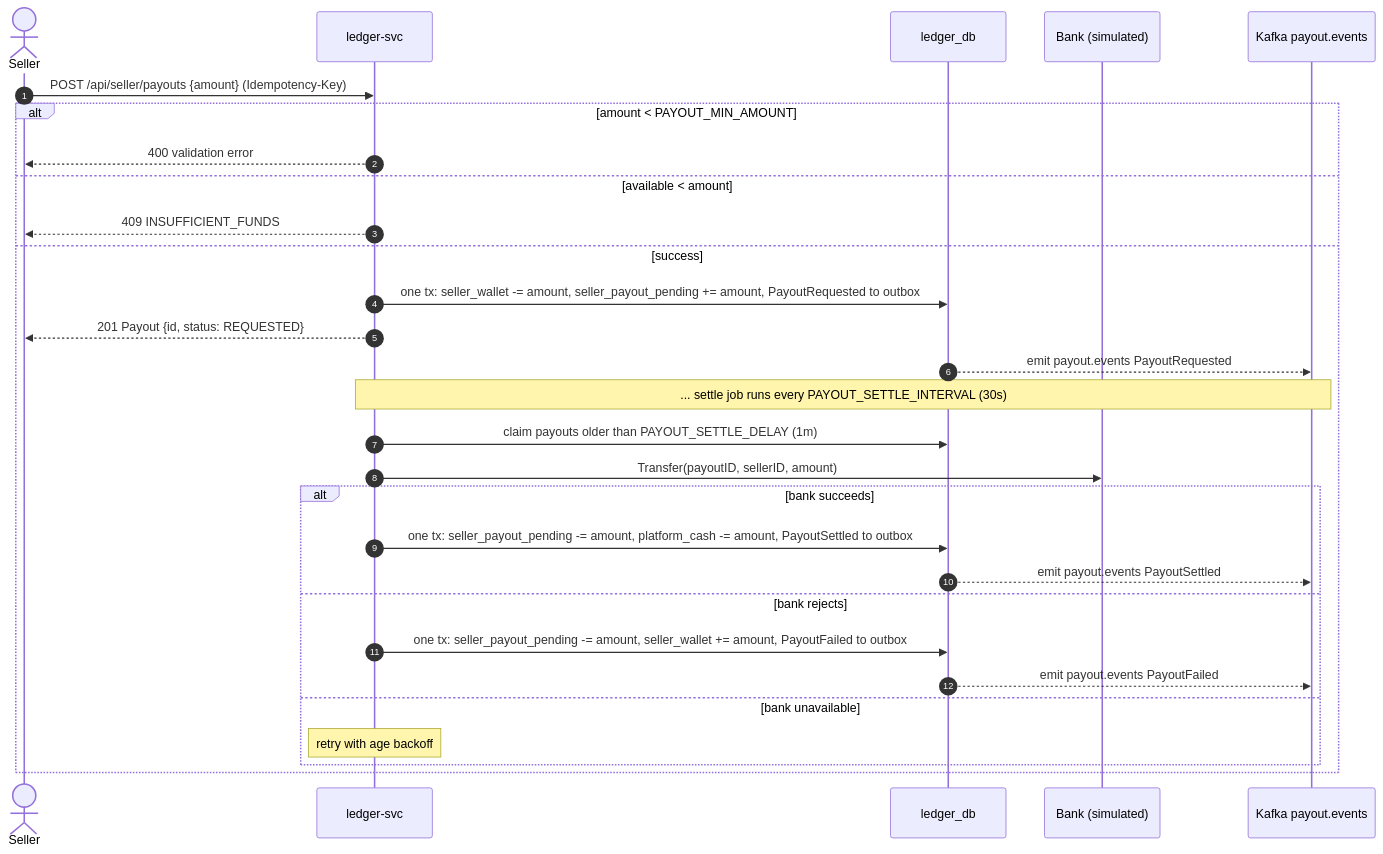
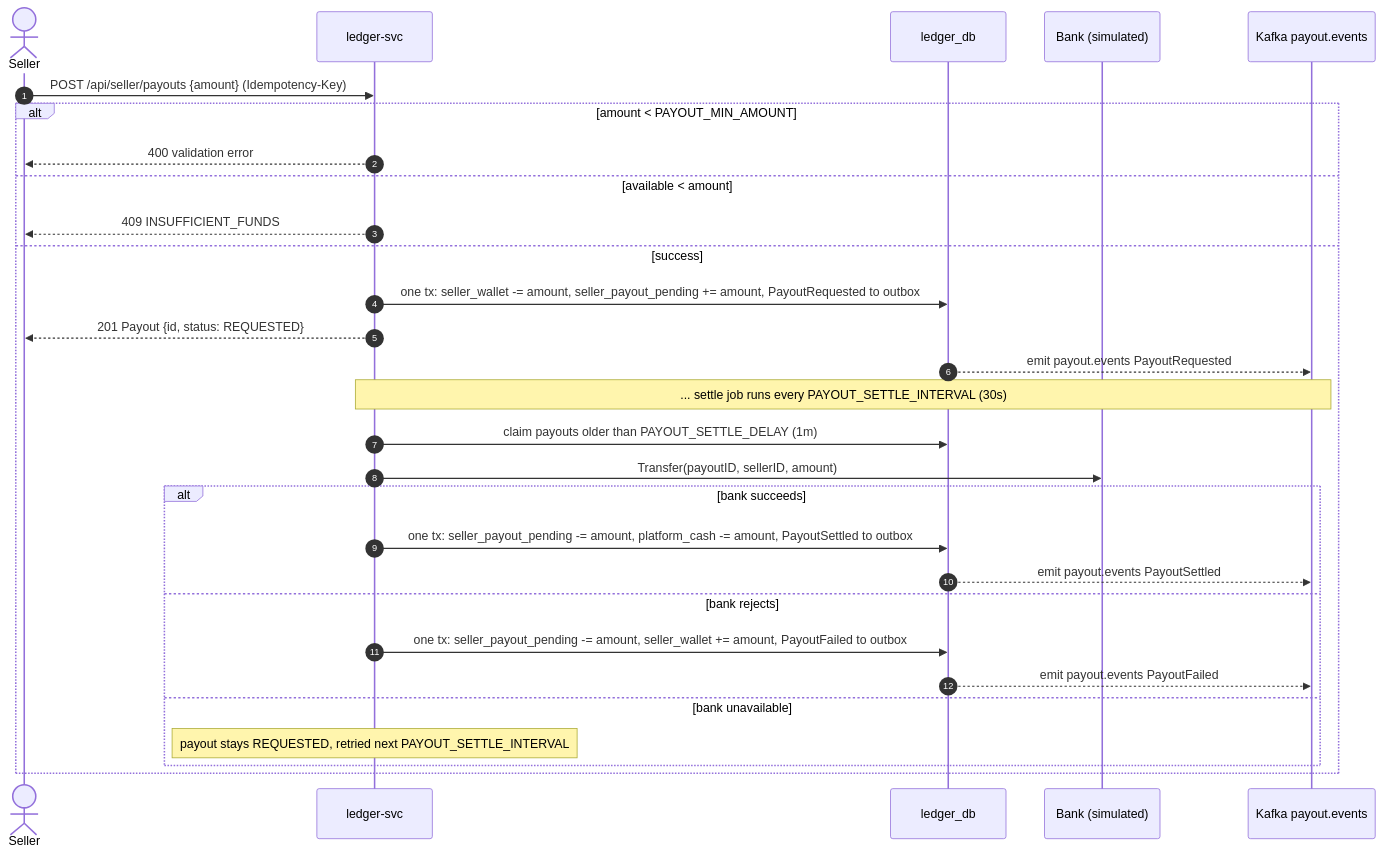
One commit to ngoxuanchien/E-Commerce changed the fifth of 7 diagrams in docs/architecture.md. Above: the diagram before and after it, drawn with Mermaid. The commit also changed other lines of this file, not shown here.

Commit message:
docs: payout retry wording

````diff
--- a/docs/architecture.md
+++ b/docs/architecture.md
@@ -197,31 +198,31 @@
 ```mermaid
 sequenceDiagram
   autonumber
   actor Seller
   participant L as ledger-svc
   participant LDB as ledger_db
   participant B as Bank (simulated)
   participant K as Kafka payout.events
   Seller->>L: POST /api/seller/payouts {amount} (Idempotency-Key)
   alt amount < PAYOUT_MIN_AMOUNT
     L-->>Seller: 400 validation error
   else available < amount
     L-->>Seller: 409 INSUFFICIENT_FUNDS
   else success
     L->>LDB: one tx: seller_wallet -= amount, seller_payout_pending += amount, PayoutRequested to outbox
     L-->>Seller: 201 Payout {id, status: REQUESTED}
     LDB-->>K: emit payout.events PayoutRequested
     Note over L,K: ... settle job runs every PAYOUT_SETTLE_INTERVAL (30s)
     L->>LDB: claim payouts older than PAYOUT_SETTLE_DELAY (1m)
     L->>B: Transfer(payoutID, sellerID, amount)
     alt bank succeeds
       L->>LDB: one tx: seller_payout_pending -= amount, platform_cash -= amount, PayoutSettled to outbox
       LDB-->>K: emit payout.events PayoutSettled
     else bank rejects
       L->>LDB: one tx: seller_payout_pending -= amount, seller_wallet += amount, PayoutFailed to outbox
       LDB-->>K: emit payout.events PayoutFailed
     else bank unavailable
-      Note over L: retry with age backoff
+      Note over L: payout stays REQUESTED, retried next PAYOUT_SETTLE_INTERVAL
     end
   end
 ```
````
